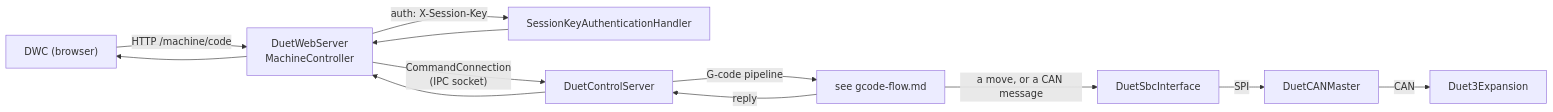
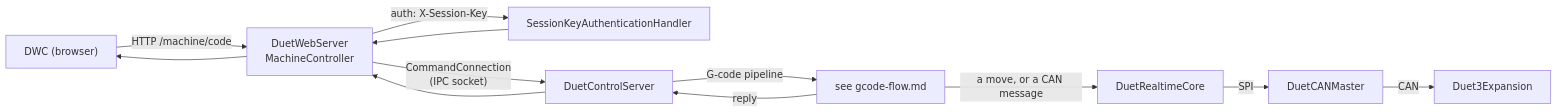
Before and after one commit to Duet3D/DuetSoftwareFramework: the diagram in src/Documentation/articles/components.md, drawn with Mermaid. The commit also changed other lines of this file and 154 other files, not shown here.

First line of the commit message:
refactor: rename DuetSbcInterface to DuetRealtimeCore

````diff
--- a/src/Documentation/articles/components.md
+++ b/src/Documentation/articles/components.md
@@ -154,12 +154,12 @@
 ```mermaid
 flowchart LR
     BROWSER["DWC (browser)"] -->|"HTTP /machine/code"| DWS["DuetWebServer<br/>MachineController"]
     DWS -->|"auth: X-Session-Key"| AUTH["SessionKeyAuthenticationHandler"]
     AUTH --> DWS
     DWS -->|"CommandConnection<br/>(IPC socket)"| DCS["DuetControlServer"]
     DCS -->|"G-code pipeline"| PIPE["see gcode-flow.md"]
-    PIPE -->|"a move, or a CAN message"| SBCI["DuetSbcInterface"]
+    PIPE -->|"a move, or a CAN message"| SBCI["DuetRealtimeCore"]
     SBCI -->|"SPI"| CM["DuetCANMaster"]
     CM -->|"CAN"| EXP["Duet3Expansion"]
     PIPE -->|"reply"| DCS --> DWS --> BROWSER
 ```
````
